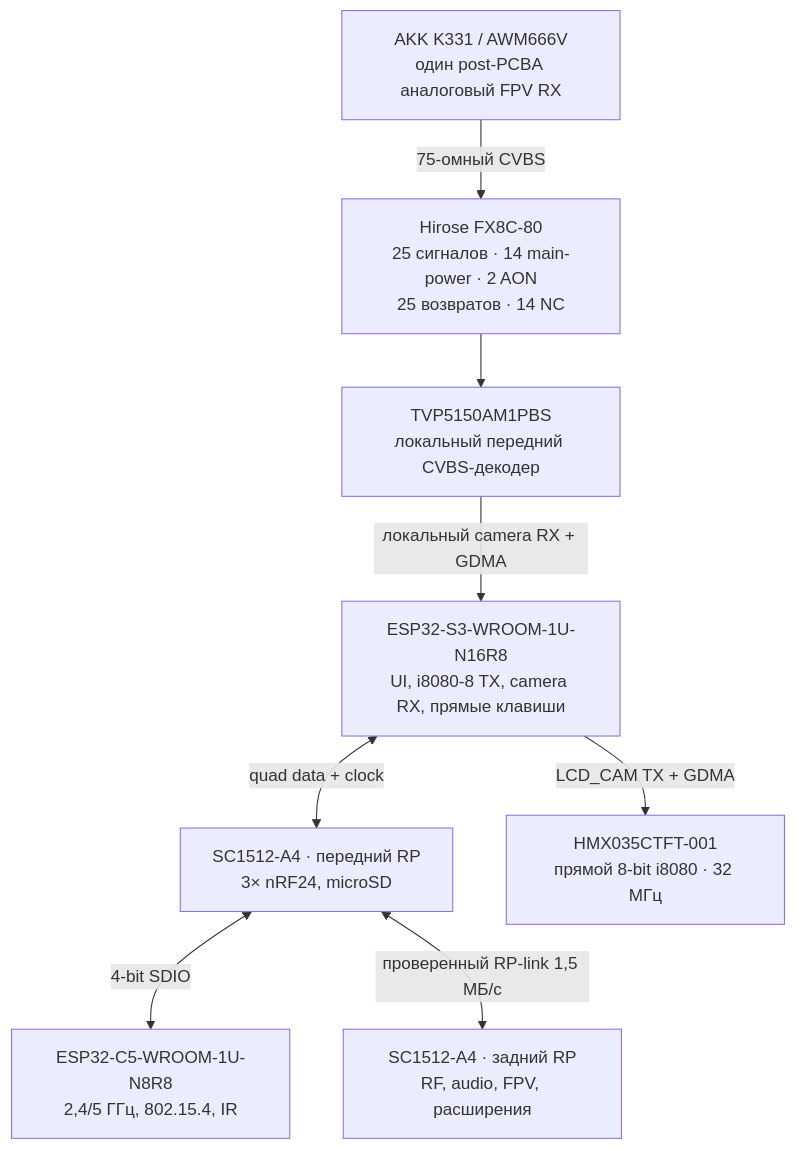
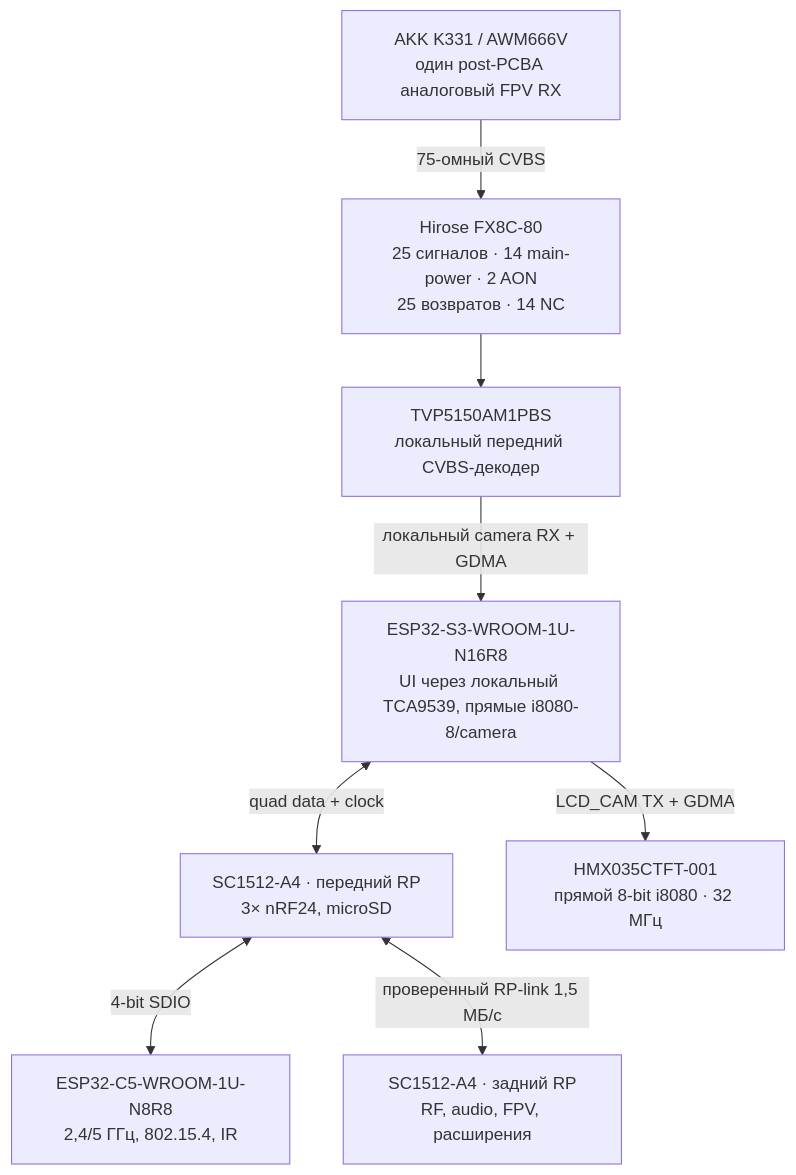
One commit to anton-vinogradov/esp32-leshy2 changed the diagram in docs/schematics.ru.md. Above: the diagram before and after it, drawn with Mermaid. The commit also changed other lines of this file and 196 other files, not shown here.

Commit message:
Rebaseline dual-RP architecture and cost evidence

````diff
--- a/docs/schematics.ru.md
+++ b/docs/schematics.ru.md
@@ -29,19 +35,19 @@
 ```mermaid
 flowchart TD
-  S3["ESP32-S3-WROOM-1U-N16R8<br/>UI, i8080-8 TX, camera RX, прямые клавиши"]
+  S3["ESP32-S3-WROOM-1U-N16R8<br/>UI через локальный TCA9539, прямые i8080-8/camera"]
   C5["ESP32-C5-WROOM-1U-N8R8<br/>2,4/5 ГГц, 802.15.4, IR"]
   FRP["SC1512-A4 · передний RP<br/>3× nRF24, microSD"]
   RRP["SC1512-A4 · задний RP<br/>RF, audio, FPV, расширения"]
   TVP["TVP5150AM1PBS<br/>локальный передний CVBS-декодер"]
   K331["AKK K331 / AWM666V<br/>один post-PCBA аналоговый FPV RX"]
   LCD["HMX035CTFT-001<br/>прямой 8-bit i8080 · 32 МГц"]
   M1["Hirose FX8C-80<br/>25 сигналов · 14 main-power · 2 AON<br/>25 возвратов · 14 NC"]
 
   S3 -->|"LCD_CAM TX + GDMA"| LCD
   S3 <-->|"quad data + clock"| FRP
   FRP <-->|"4-bit SDIO"| C5
   FRP <-->|"проверенный RP-link 1,5 МБ/с"| RRP
   K331 -->|"75-омный CVBS"| M1
   M1 --> TVP
   TVP -->|"локальный camera RX + GDMA"| S3
 ```
````
